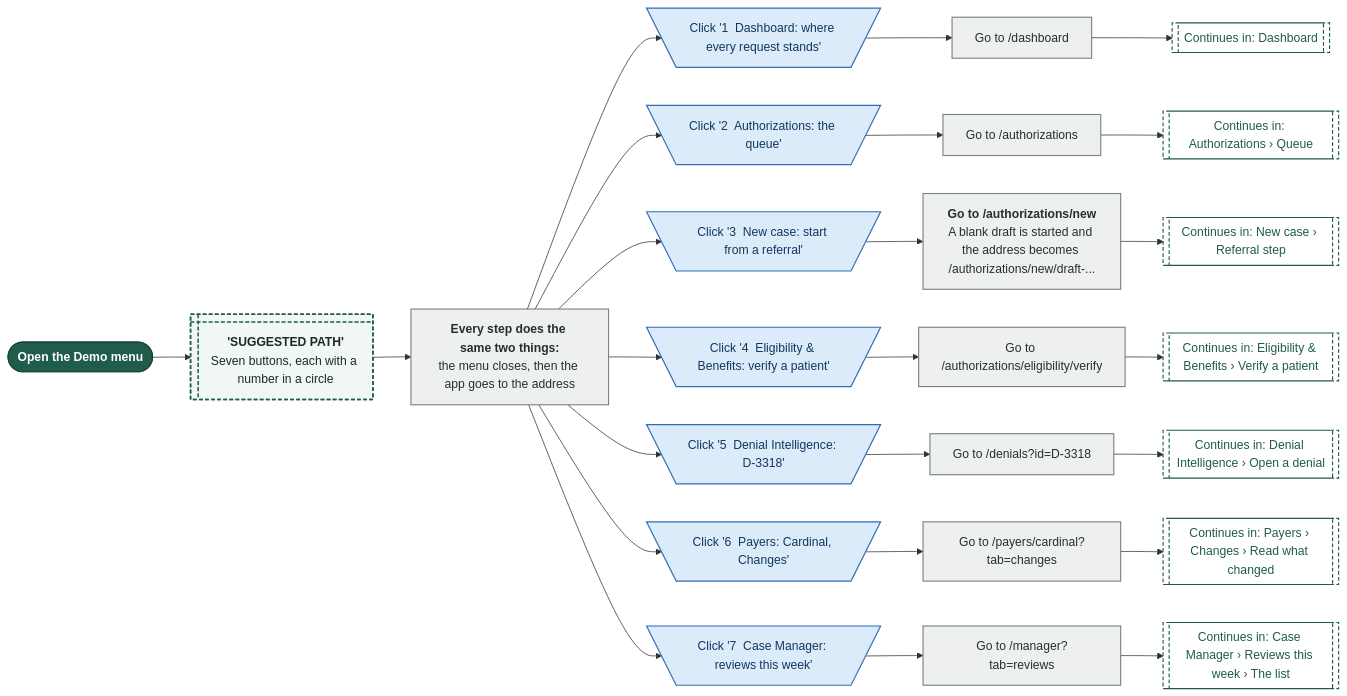
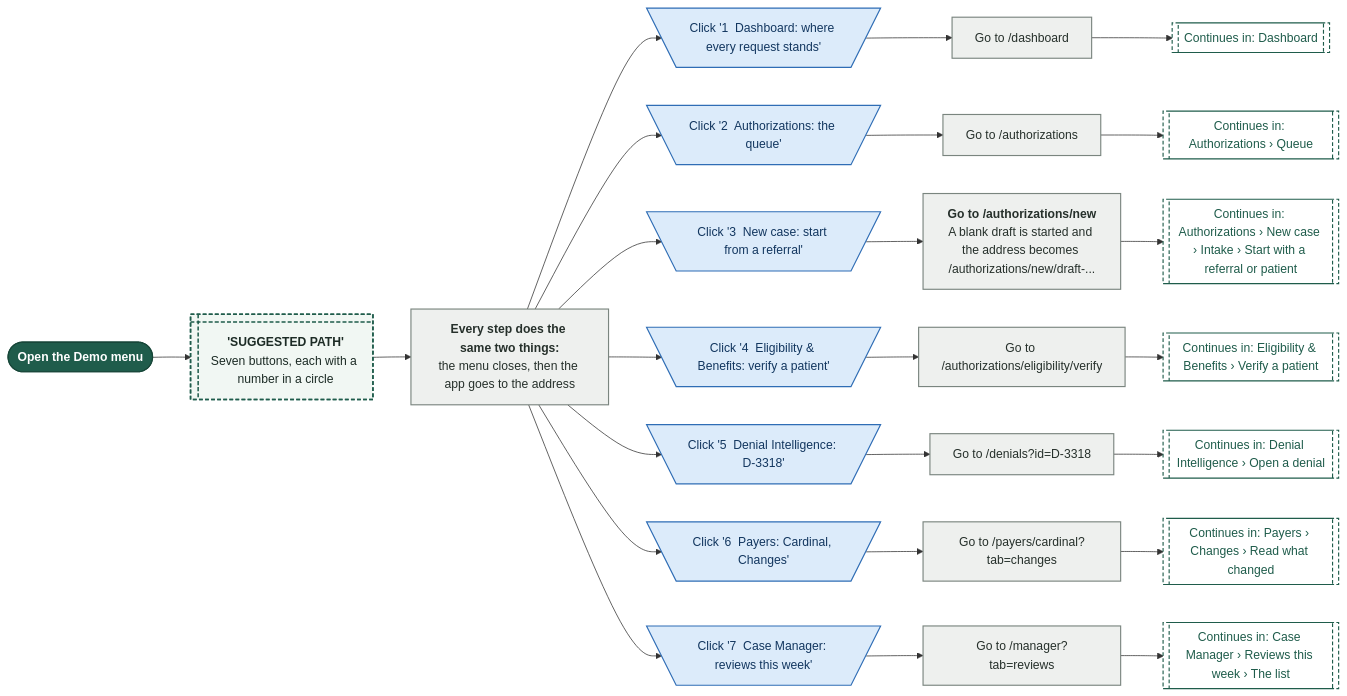
One commit to Shrav143/psyfloapp changed diagram 13 of 18 in demos/prior-auth-demo/workflows/out/md/01-global-shell.md. Above: the diagram before and after it, drawn with Mermaid. The commit also changed other lines of this file and 251 other files, not shown here.

First line of the commit message:
docs: rebuild the workflow diagrams (291) for round 4

````diff
--- a/demos/prior-auth-demo/workflows/out/md/01-global-shell.md
+++ b/demos/prior-auth-demo/workflows/out/md/01-global-shell.md
@@ -936,58 +1028,58 @@
 ```mermaid
 %%{init: {"theme":"base","themeVariables":{"fontFamily":"'DM Sans', 'Segoe UI', system-ui, sans-serif","fontSize":"15px","lineColor":"#5B6B63","primaryTextColor":"#1C2B25","clusterBkg":"#FBF8F3","clusterBorder":"#D9CDBB","edgeLabelBackground":"#FFFFFF"},"flowchart":{"curve":"basis","nodeSpacing":36,"rankSpacing":48,"padding":12,"htmlLabels":true,"useMaxWidth":false,"wrappingWidth":230}} }%%
 flowchart LR
   classDef k_start fill:#1F5C4B,stroke:#174638,color:#FFFFFF,stroke-width:1.5px,font-weight:600
   classDef k_end fill:#DDEFE3,stroke:#2E7D4F,color:#14502F,stroke-width:1.5px,font-weight:600
   classDef k_endx fill:#FBE3E0,stroke:#C0392B,color:#7A1F16,stroke-width:1.5px,font-weight:600
   classDef k_screen fill:#FFFDF8,stroke:#1F5C4B,color:#1C2B25,stroke-width:2px
   classDef k_overlay fill:#F1F7F3,stroke:#1F5C4B,color:#1C2B25,stroke-width:2px,stroke-dasharray:5 3
   classDef k_click fill:#DCEBFA,stroke:#2F6DB5,color:#12365F,stroke-width:1.5px
   classDef k_input fill:#E4E7FF,stroke:#4C5FD5,color:#1D2670,stroke-width:1.5px
   classDef k_process fill:#EEF0EE,stroke:#7A857F,color:#26302B,stroke-width:1.5px
   classDef k_agent fill:#EEE5FA,stroke:#7A4FC2,color:#341A63,stroke-width:1.5px
   classDef k_decision fill:#FFF0CC,stroke:#D9962B,color:#5C3B00,stroke-width:1.5px
   classDef k_store fill:#D5F0EA,stroke:#1C8E7B,color:#0B4A3F,stroke-width:1.5px
   classDef k_doc fill:#F6E9DC,stroke:#B07A4C,color:#4A2E14,stroke-width:1.5px
   classDef k_ext fill:#FFE6D2,stroke:#E07B39,color:#6B2F06,stroke-width:1.5px
   classDef k_wait fill:#E4E8EE,stroke:#6B7C93,color:#26303D,stroke-width:1.5px
   classDef k_toast fill:#FFF9DB,stroke:#C9A400,color:#5A4A00,stroke-width:1.5px
   classDef k_goto fill:#FFFFFF,stroke:#1F5C4B,color:#1F5C4B,stroke-width:1.5px,stroke-dasharray:5 3
   s1@{ shape: stadium, label: "Open the Demo menu" }
   o1@{ shape: win-pane, label: "<b>'SUGGESTED PATH'</b><br/>Seven buttons, each with a number in a circle" }
   p0@{ shape: rect, label: "<b>Every step does the same two things:</b><br/>the menu closes, then the app goes to the address" }
   c1@{ shape: trap-t, label: "Click '1  Dashboard: where every request stands'" }
   r1@{ shape: rect, label: "Go to /dashboard" }
   g1@{ shape: subproc, label: "Continues in: Dashboard" }
   c2@{ shape: trap-t, label: "Click '2  Authorizations: the queue'" }
   r2@{ shape: rect, label: "Go to /authorizations" }
   g2@{ shape: subproc, label: "Continues in: Authorizations › Queue" }
   c3@{ shape: trap-t, label: "Click '3  New case: start from a referral'" }
   r3@{ shape: rect, label: "<b>Go to /authorizations/new</b><br/>A blank draft is started and the address becomes /authorizations/new/draft-..." }
-  g3@{ shape: subproc, label: "Continues in: New case › Referral step" }
+  g3@{ shape: subproc, label: "Continues in: Authorizations › New case › Intake › Start with a referral or patient" }
   c4@{ shape: trap-t, label: "Click '4  Eligibility & Benefits: verify a patient'" }
   r4@{ shape: rect, label: "Go to /authorizations/eligibility/verify" }
   g4@{ shape: subproc, label: "Continues in: Eligibility & Benefits › Verify a patient" }
   c5@{ shape: trap-t, label: "Click '5  Denial Intelligence: D-3318'" }
   r5@{ shape: rect, label: "Go to /denials?id=D-3318" }
   g5@{ shape: subproc, label: "Continues in: Denial Intelligence › Open a denial" }
   c6@{ shape: trap-t, label: "Click '6  Payers: Cardinal, Changes'" }
   r6@{ shape: rect, label: "Go to /payers/cardinal?tab=changes" }
   g6@{ shape: subproc, label: "Continues in: Payers › Changes › Read what changed" }
   c7@{ shape: trap-t, label: "Click '7  Case Manager: reviews this week'" }
   r7@{ shape: rect, label: "Go to /manager?tab=reviews" }
   g7@{ shape: subproc, label: "Continues in: Case Manager › Reviews this week › The list" }
   s1 --> o1 --> p0
   p0 --> c1 & c2 & c3 & c4 & c5 & c6 & c7
   c1 --> r1 --> g1
   c2 --> r2 --> g2
   c3 --> r3 --> g3
   c4 --> r4 --> g4
   c5 --> r5 --> g5
   c6 --> r6 --> g6
   c7 --> r7 --> g7
   class s1 k_start
   class o1 k_overlay
   class p0,r1,r2,r3,r4,r5,r6,r7 k_process
   class c1,c2,c3,c4,c5,c6,c7 k_click
   class g1,g2,g3,g4,g5,g6,g7 k_goto
 ```
````
